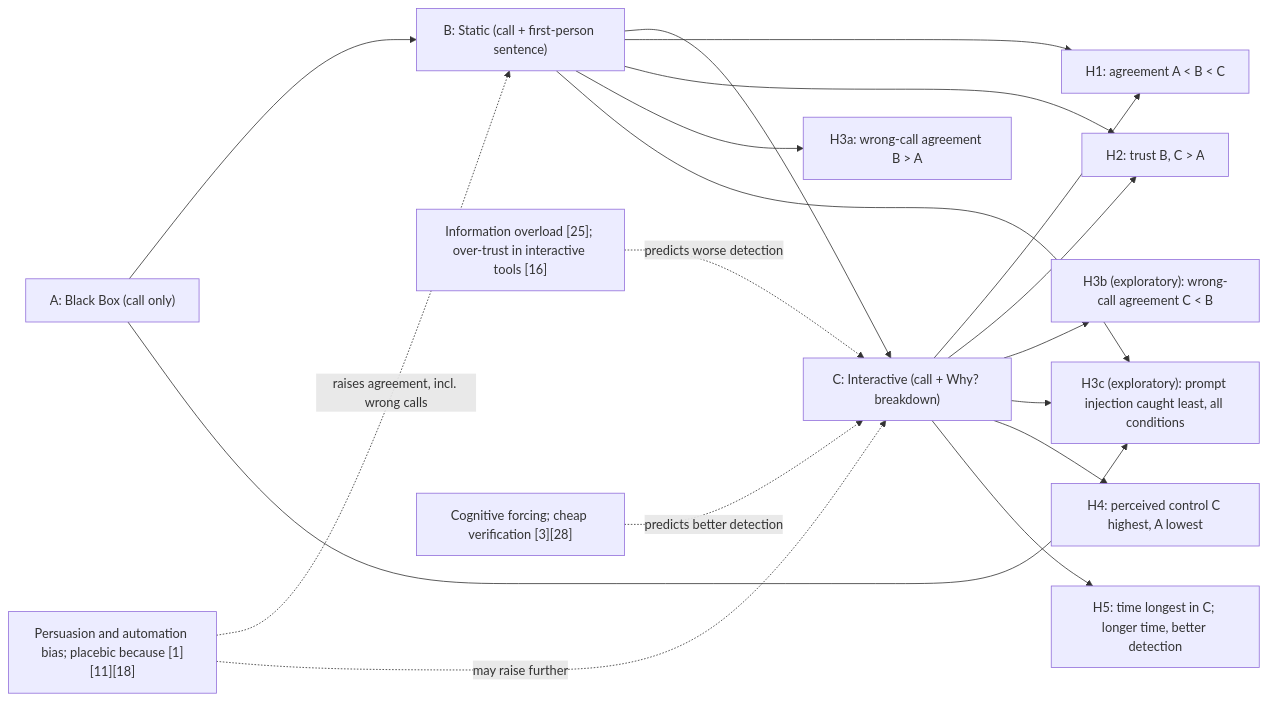
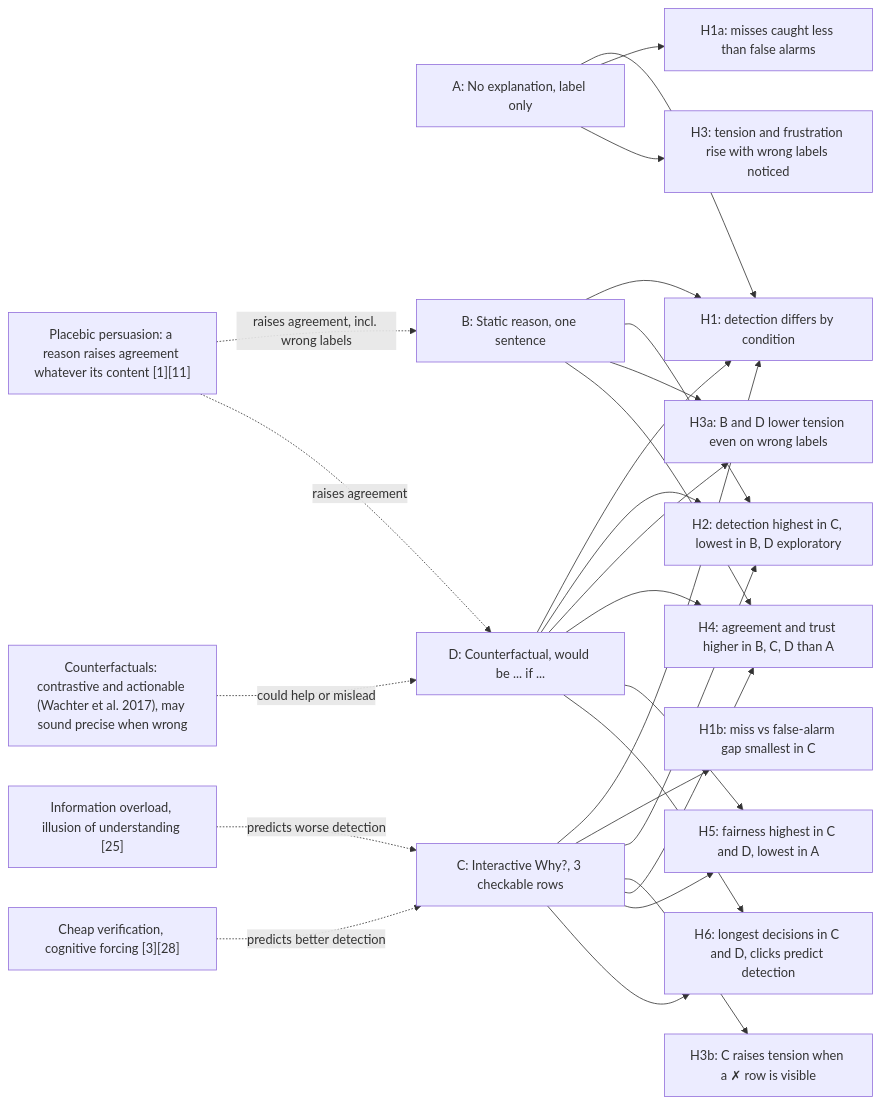
The third of 4 diagrams in docs/ai-design.md (bibekgupta3333/HCI), drawn with Mermaid before and after one commit. The commit also changed other lines of this file and 27 other files, not shown here.

````diff
--- a/docs/ai-design.md
+++ b/docs/ai-design.md
@@ -238,26 +226,39 @@
 ```mermaid
 flowchart LR
-    A["A: Black Box (call only)"] --> B["B: Static (call + first-person sentence)"]
-    B --> C["C: Interactive (call + Why? breakdown)"]
+    A["A: No explanation, label only"]
+    B["B: Static reason, one sentence"]
+    C["C: Interactive Why?, 3 checkable rows"]
+    D["D: Counterfactual, would be ... if ..."]
 
-    P1["Persuasion and automation bias; placebic because [1][11][18]"]
-    P2["Information overload [25]; over-trust in interactive tools [16]"]
-    P3["Cognitive forcing; cheap verification [3][28]"]
+    P1["Placebic persuasion: a reason raises agreement whatever its content [1][11]"]
+    P2["Information overload, illusion of understanding [25]"]
+    P3["Cheap verification, cognitive forcing [3][28]"]
+    P4["Counterfactuals: contrastive and actionable (Wachter et al. 2017), may sound precise when wrong"]
 
-    P1 -. "raises agreement, incl. wrong calls" .-> B
-    P1 -. "may raise further" .-> C
+    P1 -. "raises agreement, incl. wrong labels" .-> B
+    P1 -. "raises agreement" .-> D
     P2 -. "predicts worse detection" .-> C
     P3 -. "predicts better detection" .-> C
+    P4 -. "could help or mislead" .-> D
 
-    B --> H1["H1: agreement A < B < C"]
+    A --> H1["H1: detection differs by condition"]
+    B --> H1
     C --> H1
-    B --> H2["H2: trust B, C > A"]
-    C --> H2
-    B --> H3a["H3a: wrong-call agreement B > A"]
-    C --> H3b["H3b (exploratory): wrong-call agreement C < B"]
-    A --> H3c["H3c (exploratory): prompt injection caught least, all conditions"]
-    B --> H3c
-    C --> H3c
-    C --> H4["H4: perceived control C highest, A lowest"]
-    C --> H5["H5: time longest in C; longer time, better detection"]
+    D --> H1
+    A --> H1a["H1a: misses caught less than false alarms"]
+    C --> H1b["H1b: miss vs false-alarm gap smallest in C"]
+    C --> H2["H2: detection highest in C, lowest in B, D exploratory"]
+    B --> H2
+    D --> H2
+    A --> H3["H3: tension and frustration rise with wrong labels noticed"]
+    B --> H3a["H3a: B and D lower tension even on wrong labels"]
+    D --> H3a
+    C --> H3b["H3b: C raises tension when a ✗ row is visible"]
+    B --> H4["H4: agreement and trust higher in B, C, D than A"]
+    C --> H4
+    D --> H4
+    C --> H5["H5: fairness highest in C and D, lowest in A"]
+    D --> H5
+    C --> H6["H6: longest decisions in C and D, clicks predict detection"]
+    D --> H6
 ```
````
